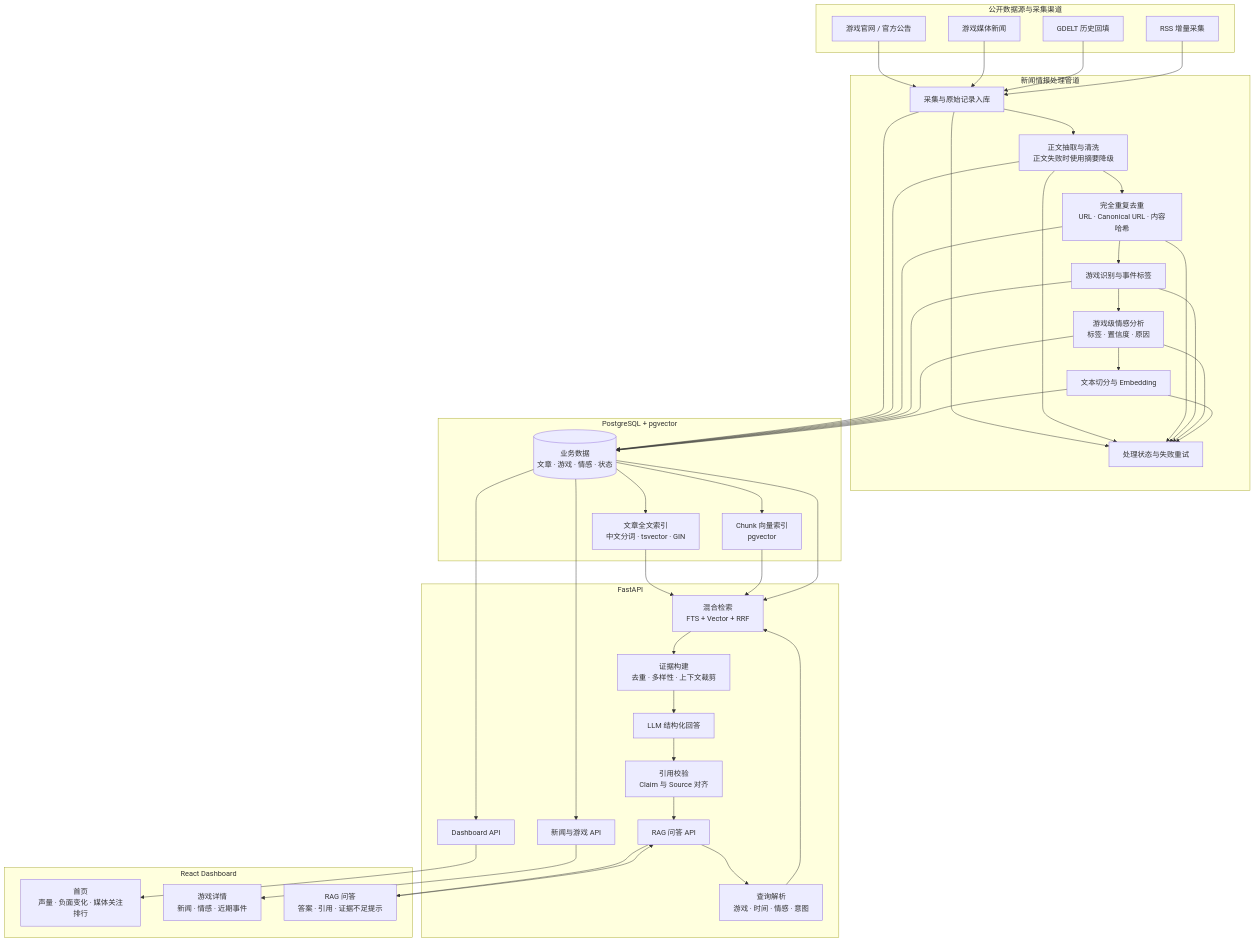
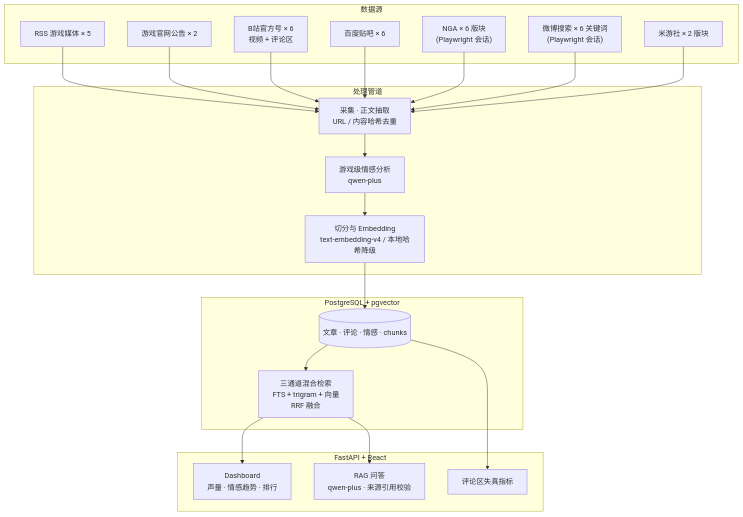
The diagram in README.md (Tinigam/Sentinel-AI), drawn with Mermaid before and after one commit. The commit also changed other lines of this file and 3 other files, not shown here.

First line of the commit message:
docs: rewrite README with architecture diagram, demo assets and data scale

````diff
--- a/README.md
+++ b/README.md
@@ -65,80 +13,44 @@
 ```mermaid
 flowchart TB
-    subgraph Sources["公开数据源与采集渠道"]
-        official["游戏官网 / 官方公告"]
-        media["游戏媒体新闻"]
-        gdelt["GDELT 历史回填"]
-        rss["RSS 增量采集"]
+    subgraph Sources["数据源"]
+        rss["RSS 游戏媒体 × 5"]
+        official["游戏官网公告 × 2"]
+        bilibili["B站官方号 × 6<br/>视频 + 评论区"]
+        tieba["百度贴吧 × 6"]
+        nga["NGA × 6 版块<br/>(Playwright 会话)"]
+        weibo["微博搜索 × 6 关键词<br/>(Playwright 会话)"]
+        miyoushe["米游社 × 2 版块"]
     end
 
-    subgraph Pipeline["新闻情报处理管道"]
-        collect["采集与原始记录入库"]
-        extract["正文抽取与清洗<br/>正文失败时使用摘要降级"]
-        dedupe["完全重复去重<br/>URL · Canonical URL · 内容哈希"]
-        classify["游戏识别与事件标签"]
-        sentiment["游戏级情感分析<br/>标签 · 置信度 · 原因"]
-        chunk["文本切分与 Embedding"]
-        state["处理状态与失败重试"]
+    subgraph Pipeline["处理管道"]
+        collect["采集 · 正文抽取<br/>URL / 内容哈希去重"]
+        sentiment["游戏级情感分析<br/>qwen-plus"]
+        chunk["切分与 Embedding<br/>text-embedding-v4 / 本地哈希降级"]
     end
 
     subgraph Storage["PostgreSQL + pgvector"]
-        pg[("业务数据<br/>文章 · 游戏 · 情感 · 状态")]
-        fts["文章全文索引<br/>中文分词 · tsvector · GIN"]
-        vector["Chunk 向量索引<br/>pgvector"]
+        pg[("文章 · 评论 · 情感 · chunks")]
+        hybrid["三通道混合检索<br/>FTS + trigram + 向量<br/>RRF 融合"]
     end
 
-    subgraph Backend["FastAPI"]
-        news_api["新闻与游戏 API"]
-        dashboard_api["Dashboard API"]
-        ask_api["RAG 问答 API"]
-        parser["查询解析<br/>游戏 · 时间 · 情感 · 意图"]
-        hybrid["混合检索<br/>FTS + Vector + RRF"]
-        evidence["证据构建<br/>去重 · 多样性 · 上下文裁剪"]
-        llm["LLM 结构化回答"]
-        citation["引用校验<br/>Claim 与 Source 对齐"]
+    subgraph App["FastAPI + React"]
+        dashboard["Dashboard<br/>声量 · 情感趋势 · 排行"]
+        ask["RAG 问答<br/>qwen-plus · 来源引用校验"]
+        distortion["评论区失真指标"]
     end
 
-    subgraph Frontend["React Dashboard"]
-        dashboard["首页<br/>声量 · 负面变化 · 媒体关注排行"]
-        game_page["游戏详情<br/>新闻 · 情感 · 近期事件"]
-        copilot["RAG 问答<br/>答案 · 引用 · 证据不足提示"]
-    end
+    rss --> collect
+    official --> collect
+    bilibili --> collect
+    tieba --> collect
+    nga --> collect
+    weibo --> collect
+    miyoushe --> collect
 
-    official --> collect
-    media --> collect
-    gdelt --> collect
-    rss --> collect
-
-    collect --> extract --> dedupe --> classify --> sentiment --> chunk
-    collect --> state
-    extract --> state
-    dedupe --> state
-    classify --> state
-    sentiment --> state
-    chunk --> state
-
-    collect --> pg
-    extract --> pg
-    dedupe --> pg
-    classify --> pg
-    sentiment --> pg
-    chunk --> pg
-
-    pg --> fts
-    pg --> vector
-
-    pg --> news_api
-    pg --> dashboard_api
-
-    dashboard_api --> dashboard
-    news_api --> game_page
-
-    copilot --> ask_api --> parser
-    parser --> hybrid
-    fts --> hybrid
-    vector --> hybrid
+    collect --> sentiment --> chunk --> pg
     pg --> hybrid
 
-    hybrid --> evidence --> llm --> citation --> ask_api
-    ask_api --> copilot
+    hybrid --> dashboard
+    hybrid --> ask
+    pg --> distortion
 ```
````
